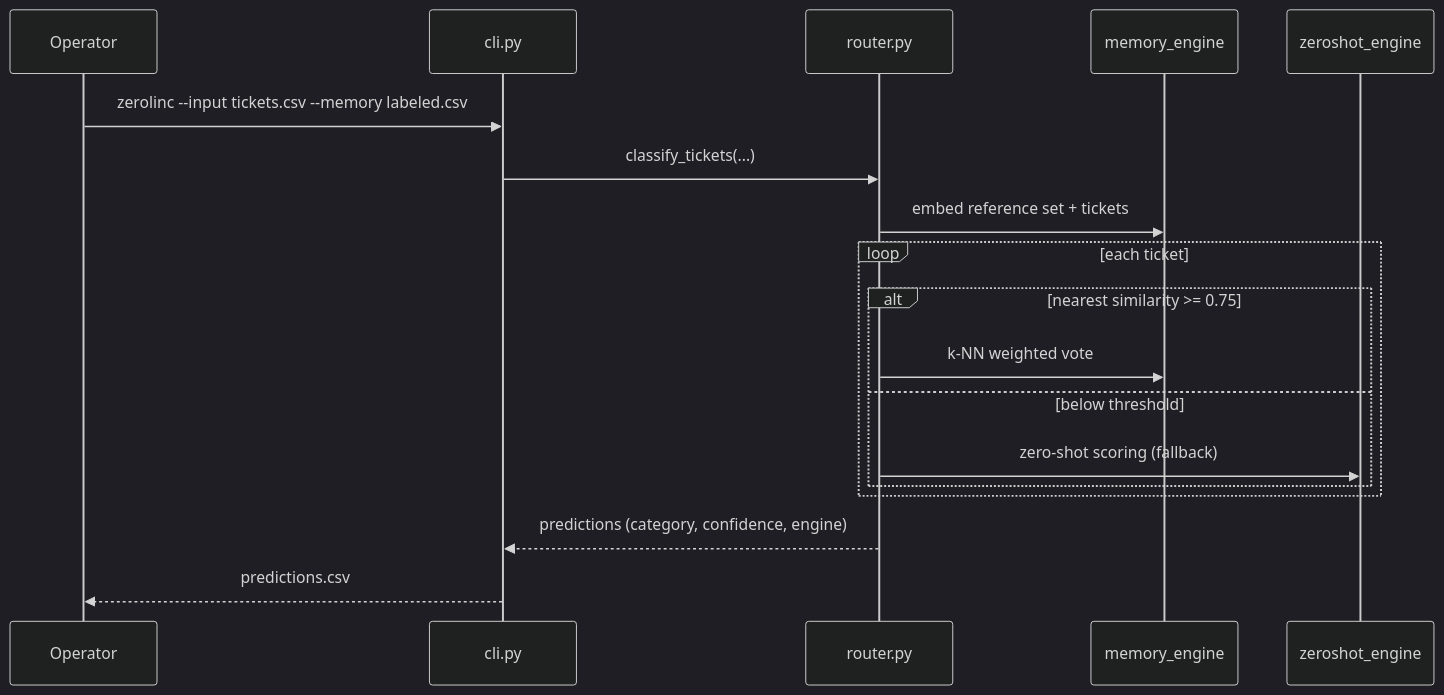
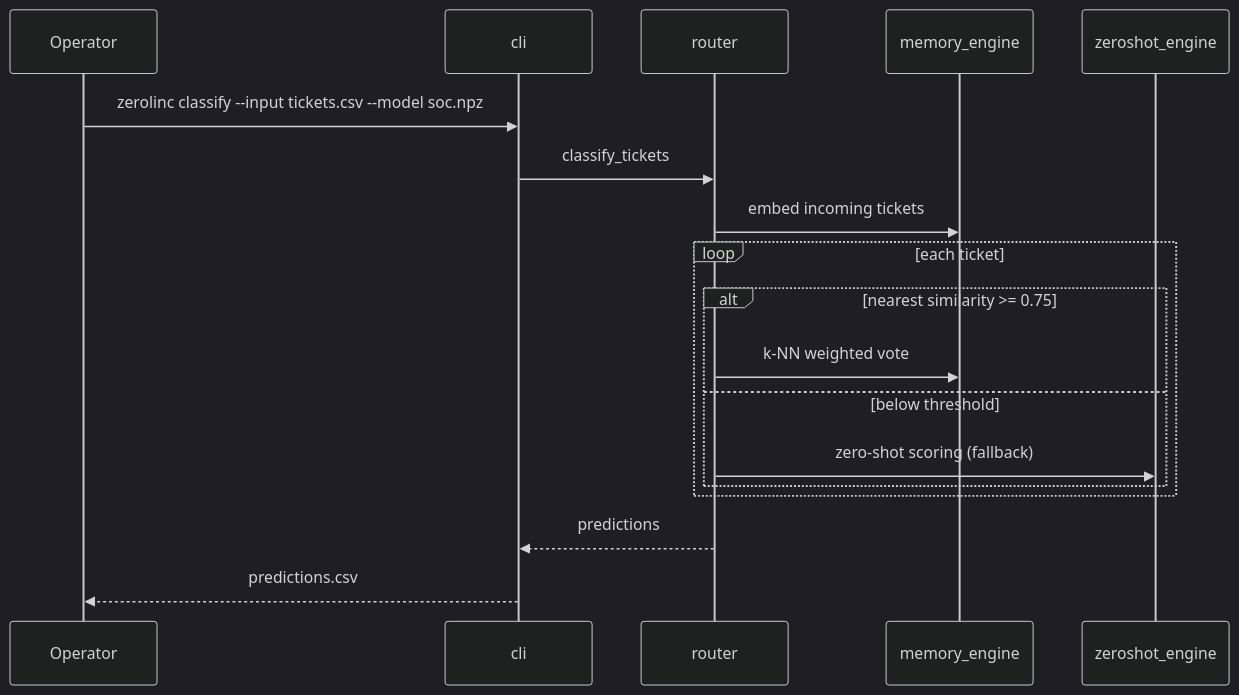
The third of 3 diagrams in docs/architecture.md (CristhianKapelinski/zerolinc), drawn with Mermaid (dark theme) before and after one commit. The commit also changed other lines of this file and 4 other files, not shown here.

Commit message:
CTA artifact README on the classifier repo; claim wrappers; sample input; Mermaid fixes

````diff
--- a/docs/architecture.md
+++ b/docs/architecture.md
@@ -37,20 +36,20 @@
 ```mermaid
 sequenceDiagram
     participant U as Operator
-    participant C as cli.py
-    participant R as router.py
+    participant C as cli
+    participant R as router
     participant M as memory_engine
     participant Z as zeroshot_engine
-    U->>C: zerolinc --input tickets.csv --memory labeled.csv
-    C->>R: classify_tickets(...)
-    R->>M: embed reference set + tickets
+    U->>C: zerolinc classify --input tickets.csv --model soc.npz
+    C->>R: classify_tickets
+    R->>M: embed incoming tickets
     loop each ticket
         alt nearest similarity >= 0.75
             R->>M: k-NN weighted vote
         else below threshold
             R->>Z: zero-shot scoring (fallback)
         end
     end
-    R-->>C: predictions (category, confidence, engine)
+    R-->>C: predictions
     C-->>U: predictions.csv
 ```
````
